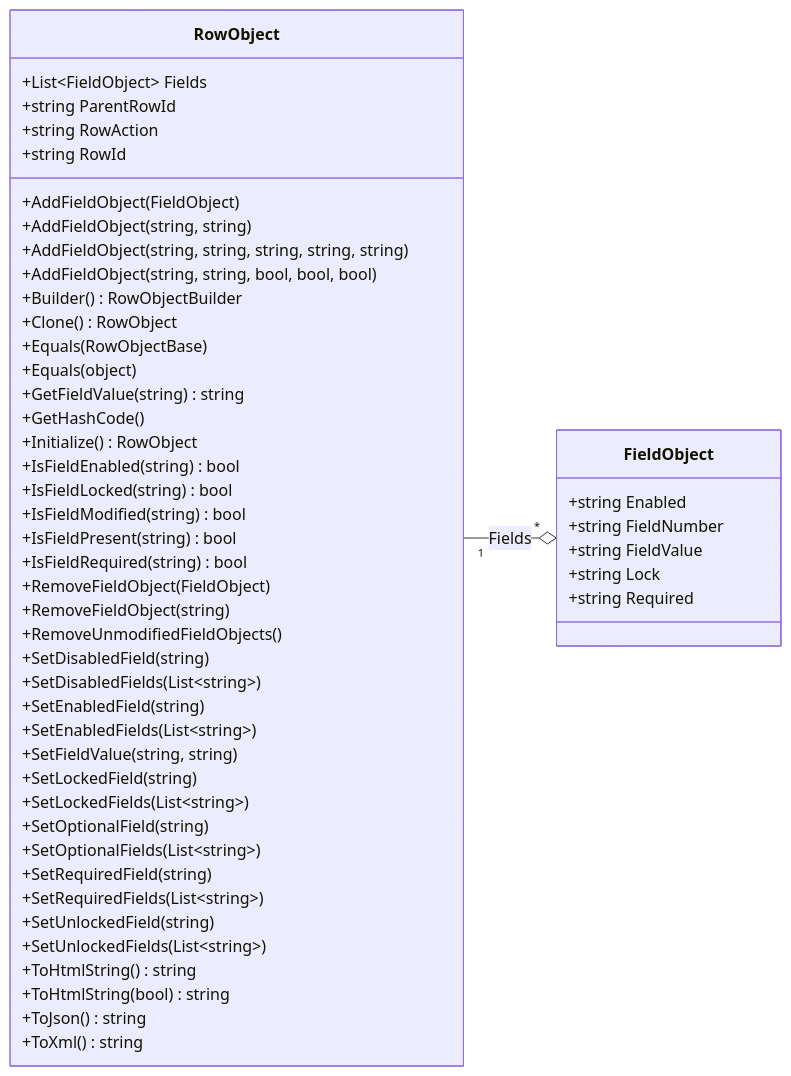
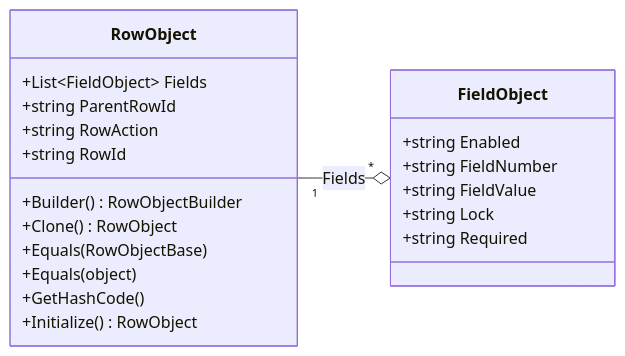
The first of 2 diagrams in docs/docs/dotnet/data-model/rowobject.mdx (rarelysimple/RarelySimple.AvatarScriptLink), drawn with Mermaid before and after one commit. The commit also changed other lines of this file and 62 other files, not shown here.

````diff
--- a/docs/docs/dotnet/data-model/rowobject.mdx
+++ b/docs/docs/dotnet/data-model/rowobject.mdx
@@ -15,58 +15,28 @@
 ```mermaid
 classDiagram
 direction LR
 class RowObject {
     +List~FieldObject~ Fields
     +string ParentRowId
     +string RowAction
     +string RowId
-    +AddFieldObject(FieldObject)
-    +AddFieldObject(string, string)
-    +AddFieldObject(string, string, string, string, string)
-    +AddFieldObject(string, string, bool, bool, bool)
     +Builder() RowObjectBuilder
     +Clone() RowObject
     +Equals(RowObjectBase)
     +Equals(object)
-    +GetFieldValue(string) string
     +GetHashCode()
     +Initialize() RowObject
-    +IsFieldEnabled(string) bool
-    +IsFieldLocked(string) bool
-    +IsFieldModified(string) bool
-    +IsFieldPresent(string) bool
-    +IsFieldRequired(string) bool
-    +RemoveFieldObject(FieldObject)
-    +RemoveFieldObject(string)
-    +RemoveUnmodifiedFieldObjects()
-    +SetDisabledField(string)
-    +SetDisabledFields(List~string~)
-    +SetEnabledField(string)
-    +SetEnabledFields(List~string~)
-    +SetFieldValue(string, string)
-    +SetLockedField(string)
-    +SetLockedFields(List~string~)
-    +SetOptionalField(string)
-    +SetOptionalFields(List~string~)
-    +SetRequiredField(string)
-    +SetRequiredFields(List~string~)
-    +SetUnlockedField(string)
-    +SetUnlockedFields(List~string~)
-    +ToHtmlString() string
-    +ToHtmlString(bool) string
-    +ToJson() string
-    +ToXml() string
 }
 
 class FieldObject {
     +string Enabled
     +string FieldNumber
     +string FieldValue
     +string Lock
     +string Required
 }
 
 RowObject "1" --o "*" FieldObject : Fields
 
 click FieldObject href "./fieldobject" "Learn more about the FieldObject"
 ```
````
